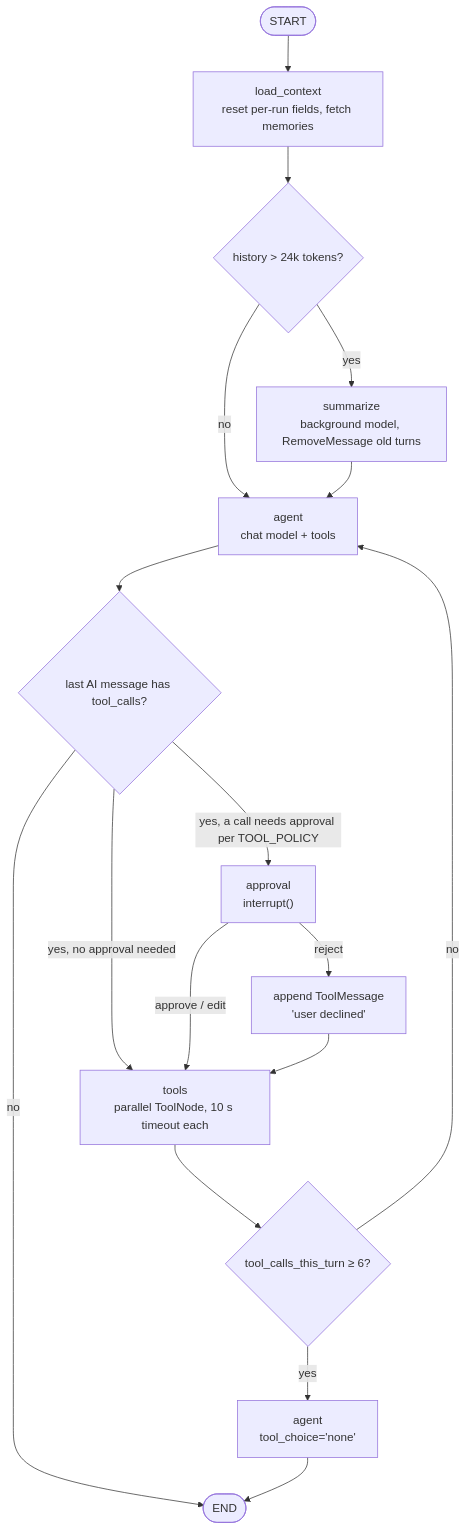
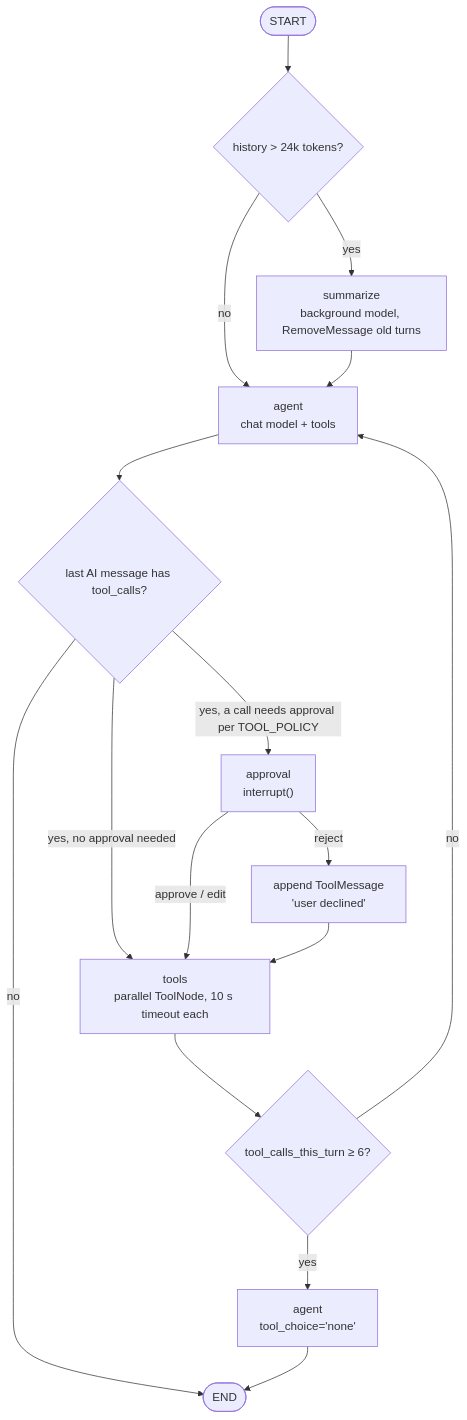
Before and after one commit to dinesh24murali/nexus-ai: the third of 3 diagrams in docs/02_outputs/08_ai_system_design.md, drawn with Mermaid. The commit also changed other lines of this file and 11 other files, not shown here.

````diff
--- a/docs/02_outputs/08_ai_system_design.md
+++ b/docs/02_outputs/08_ai_system_design.md
@@ -77,17 +127,16 @@
 ```mermaid
 flowchart TD
-  S([START]) --> LC[load_context<br/>reset per-run fields, fetch memories]
-  LC --> SM{history > 24k tokens?}
+  S([START]) --> SM{history > 24k tokens?}
   SM -- yes --> SUM[summarize<br/>background model, RemoveMessage old turns]
   SM -- no --> AG
   SUM --> AG[agent<br/>chat model + tools]
   AG --> R{last AI message has tool_calls?}
   R -- no --> E([END])
   R -- yes, a call needs approval per TOOL_POLICY --> AP["approval<br/>interrupt()"]
   R -- yes, no approval needed --> T[tools<br/>parallel ToolNode, 10 s timeout each]
   AP -- approve / edit --> T
   AP -- reject --> RJ[append ToolMessage<br/>'user declined'] --> T
   T --> C{tool_calls_this_turn ≥ 6?}
   C -- no --> AG
   C -- yes --> AGF[agent<br/>tool_choice='none'] --> E
 ```
````
